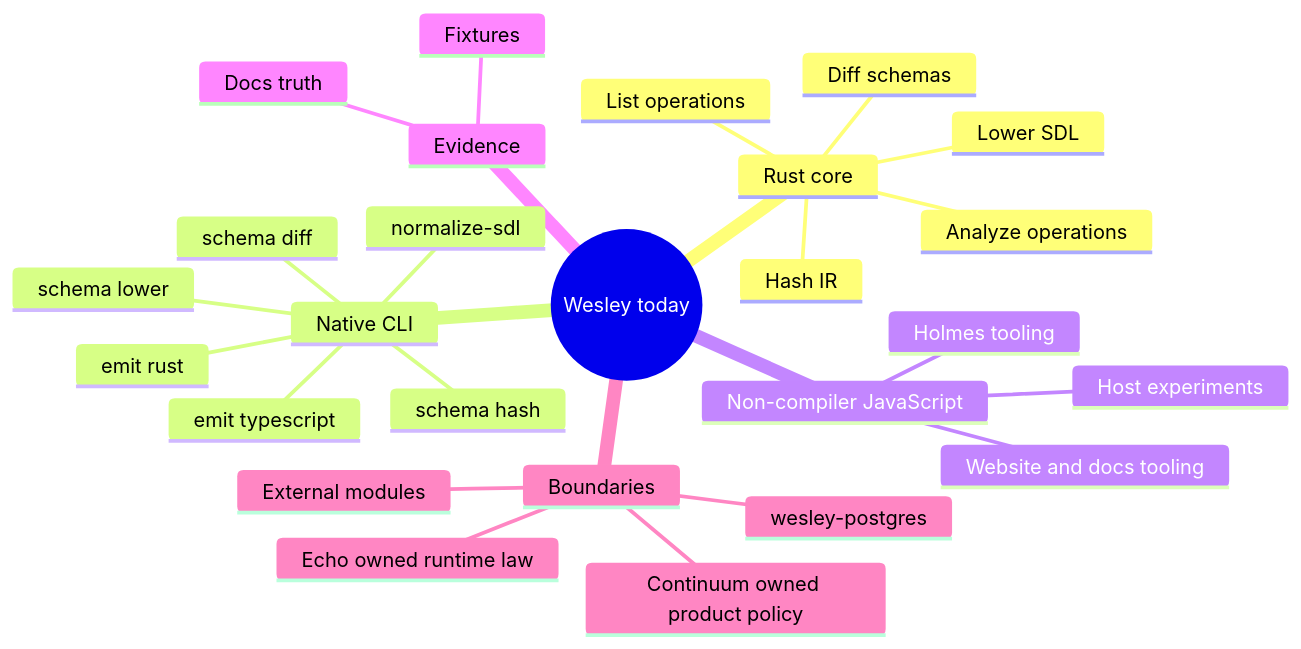
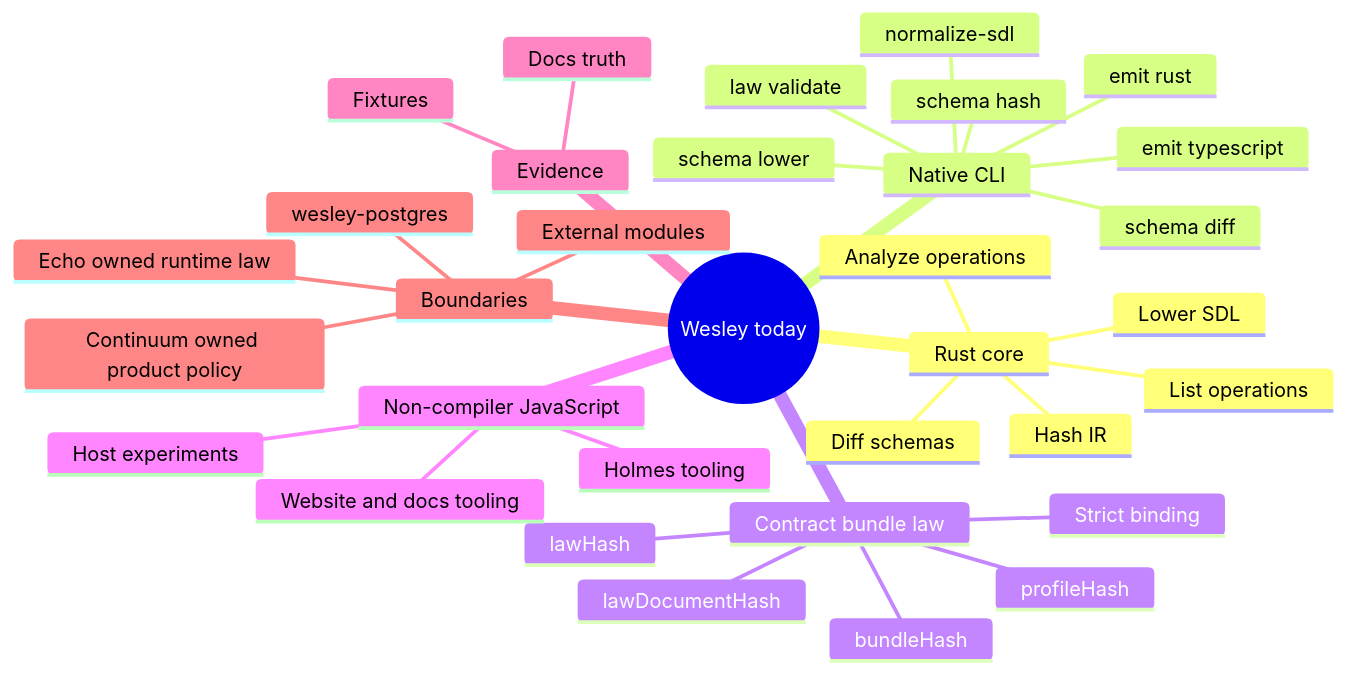
Diagram 22 of 24 in docs/END_TO_END.md (flyingrobots/wesley), drawn with Mermaid before and after one commit. The commit also changed other lines of this file and 17 other files, not shown here.

````diff
--- a/docs/END_TO_END.md
+++ b/docs/END_TO_END.md
@@ -978,29 +998,36 @@
 ```mermaid
 mindmap
     root((Wesley today))
         Rust core
             Lower SDL
             Hash IR
             Diff schemas
             List operations
             Analyze operations
         Native CLI
             normalize-sdl
             schema lower
             schema hash
             schema diff
             emit rust
             emit typescript
+            law validate
+        Contract bundle law
+            Strict binding
+            lawHash
+            lawDocumentHash
+            profileHash
+            bundleHash
         Non-compiler JavaScript
             Holmes tooling
             Host experiments
             Website and docs tooling
         Evidence
             Fixtures
             Docs truth
         Boundaries
             External modules
             wesley-postgres
             Echo owned runtime law
             Continuum owned product policy
 ```
````
